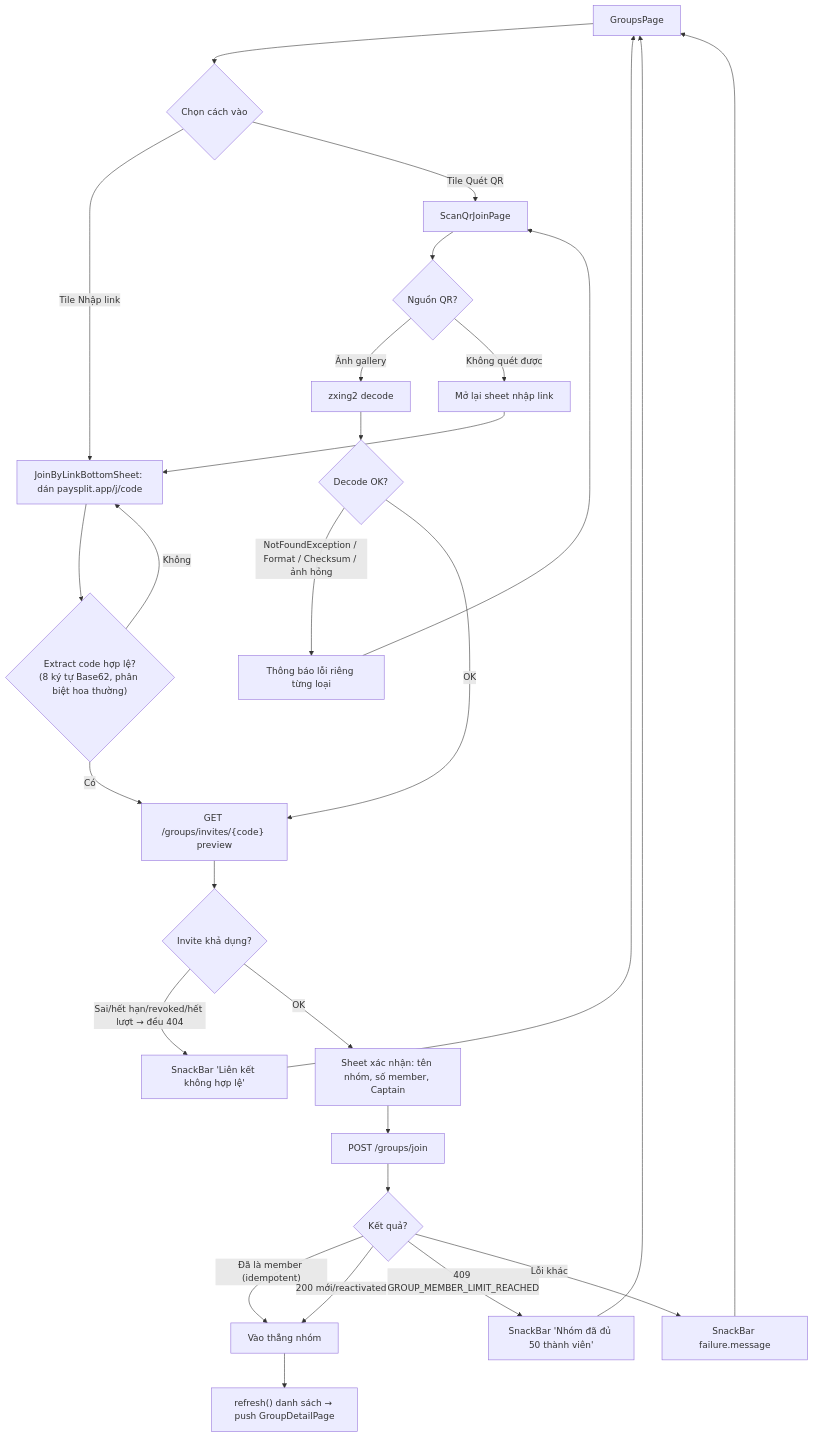
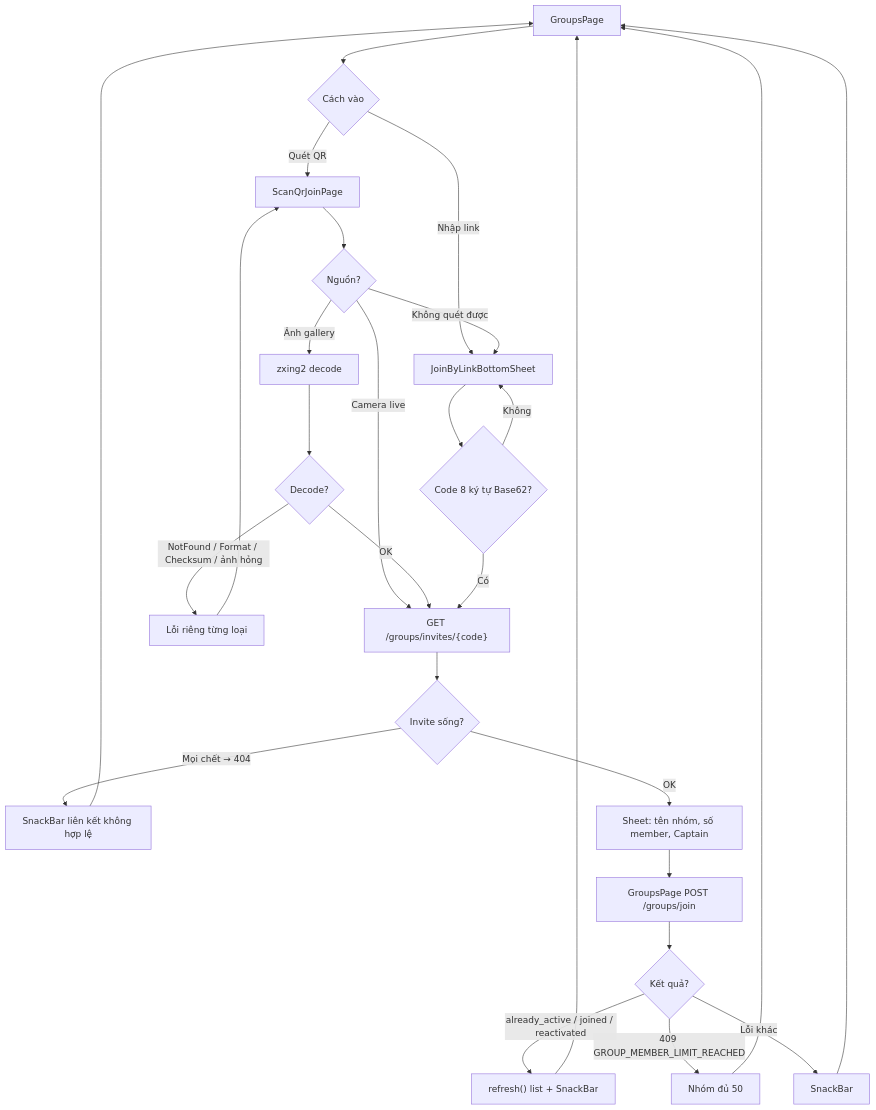
The sixth of 7 diagrams in flow/02-group.md (FintechVSF-Tranning/PaySplit-RP), drawn with Mermaid before and after one commit. The commit also changed other lines of this file and 8 other files, not shown here.

````diff
--- a/flow/02-group.md
+++ b/flow/02-group.md
@@ -241,25 +293,25 @@
 ```mermaid
 flowchart TD
-    A["GroupsPage"] --> B{"Chọn cách vào"}
-    B -->|"Tile Nhập link"| C["JoinByLinkBottomSheet: dán paysplit.app/j/code"]
-    B -->|"Tile Quét QR"| D["ScanQrJoinPage"]
-    D --> E{"Nguồn QR?"}
+    A["GroupsPage"] --> B{"Cách vào"}
+    B -->|"Nhập link"| C["JoinByLinkBottomSheet"]
+    B -->|"Quét QR"| D["ScanQrJoinPage"]
+    D --> E{"Nguồn?"}
+    E -->|"Camera live"| I
     E -->|"Ảnh gallery"| F["zxing2 decode"]
-    F --> G{"Decode OK?"}
-    G -->|"NotFoundException / Format / Checksum / ảnh hỏng"| H["Thông báo lỗi riêng từng loại"] --> D
+    F --> G{"Decode?"}
+    G -->|"NotFound / Format / Checksum / ảnh hỏng"| H["Lỗi riêng từng loại"] --> D
     G -->|"OK"| I
-    E -->|"Không quét được"| C2["Mở lại sheet nhập link"] --> C
-    C --> J{"Extract code hợp lệ?<br/>(8 ký tự Base62, phân biệt hoa thường)"}
+    E -->|"Không quét được"| C
+    C --> J{"Code 8 ký tự Base62?"}
     J -->|"Không"| C
-    J -->|"Có"| I["GET /groups/invites/{code} preview"]
-    I --> K{"Invite khả dụng?"}
-    K -->|"Sai/hết hạn/revoked/hết lượt → đều 404"| L["SnackBar 'Liên kết không hợp lệ'"] --> A
-    K -->|"OK"| M["Sheet xác nhận: tên nhóm, số member, Captain"]
-    M --> N["POST /groups/join"]
+    J -->|"Có"| I["GET /groups/invites/{code}"]
+    I --> K{"Invite sống?"}
+    K -->|"Mọi chết → 404"| L["SnackBar liên kết không hợp lệ"] --> A
+    K -->|"OK"| M["Sheet: tên nhóm, số member, Captain"]
+    M --> N["GroupsPage POST /groups/join"]
     N --> O{"Kết quả?"}
-    O -->|"Đã là member (idempotent)"| P["Vào thẳng nhóm"]
-    O -->|"200 mới/reactivated"| P
-    O -->|"409 GROUP_MEMBER_LIMIT_REACHED"| Q["SnackBar 'Nhóm đã đủ 50 thành viên'"] --> A
-    O -->|"Lỗi khác"| R["SnackBar failure.message"] --> A
-    P --> S["refresh() danh sách → push GroupDetailPage"]
+    O -->|"already_active / joined / reactivated"| P["refresh() list + SnackBar"]
+    O -->|"409 GROUP_MEMBER_LIMIT_REACHED"| Q["Nhóm đủ 50"] --> A
+    O -->|"Lỗi khác"| R["SnackBar"] --> A
+    P --> A
 ```
````
